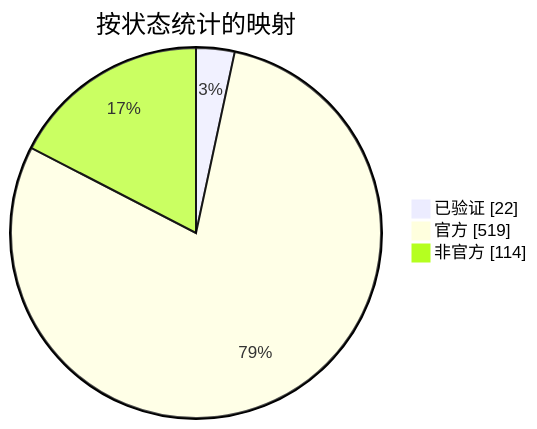
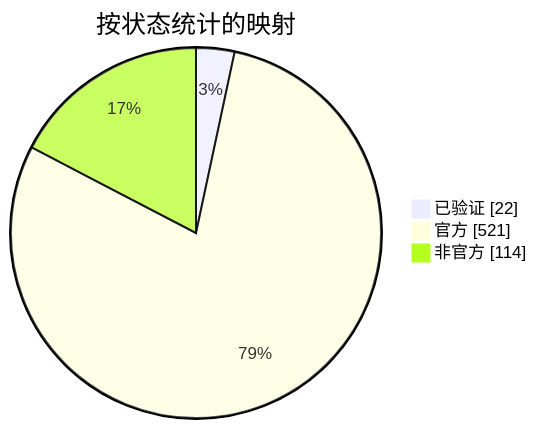
Before and after one commit to nobrega8/mbmap-library: the diagram in docs/readme/README_ZHS.md, drawn with Mermaid. The commit also changed 7 other files, not shown here.

````diff
--- a/docs/readme/README_ZHS.md
+++ b/docs/readme/README_ZHS.md
@@ -54,7 +54,7 @@
 ```mermaid
 pie showData
     title 按状态统计的映射
     "已验证" : 22
-    "官方" : 519
+    "官方" : 521
     "非官方" : 114
 ```
````
